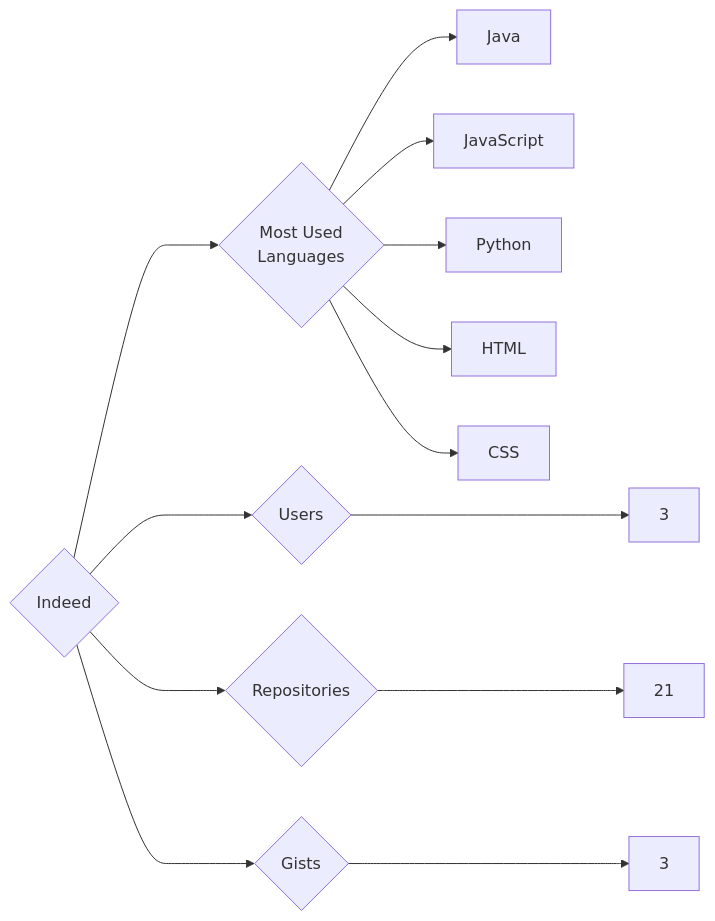
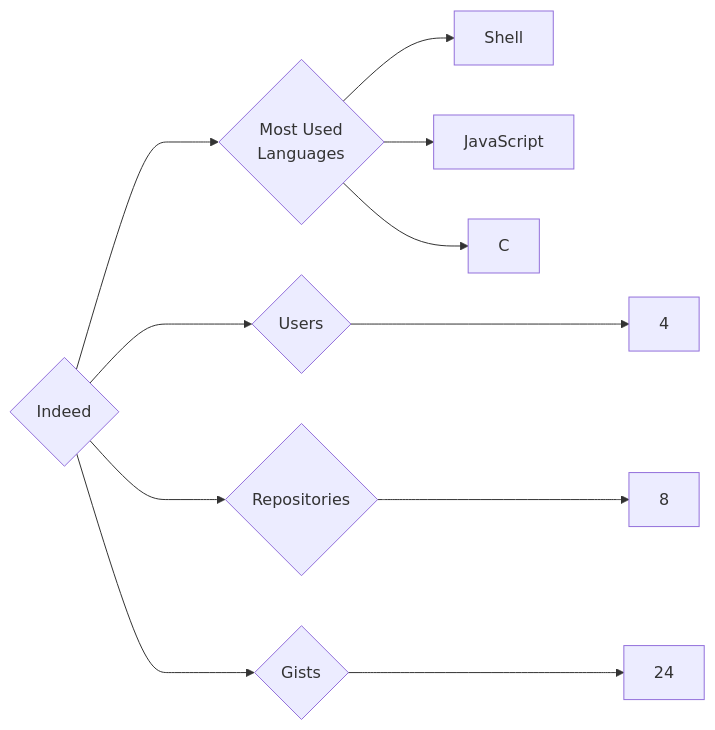
One commit to trickest/insiders changed the diagram in targets/Indeed/README.md. Above: the diagram before and after it, drawn with Mermaid. The commit also changed 993 other files, not shown here.

````diff
--- a/targets/Indeed/README.md
+++ b/targets/Indeed/README.md
@@ -3,13 +3,11 @@
 ```mermaid
 graph LR
 COMPANY_NAME{Indeed}
-COMPANY_NAME ---> U{Users} ---> UN[3]
-COMPANY_NAME ---> R{Repositories} ---> RN[21]
-COMPANY_NAME ---> G{Gists} ---> GN[3]
+COMPANY_NAME ---> U{Users} ---> UN[4]
+COMPANY_NAME ---> R{Repositories} ---> RN[8]
+COMPANY_NAME ---> G{Gists} ---> GN[24]
 COMPANY_NAME ---> ML{Most Used<br>Languages}
-ML --> Java[Java]
+ML --> Shell[Shell]
 ML --> JavaScript[JavaScript]
-ML --> Python[Python]
-ML --> HTML[HTML]
-ML --> CSS[CSS]
+ML --> C[C]
 ```
````
